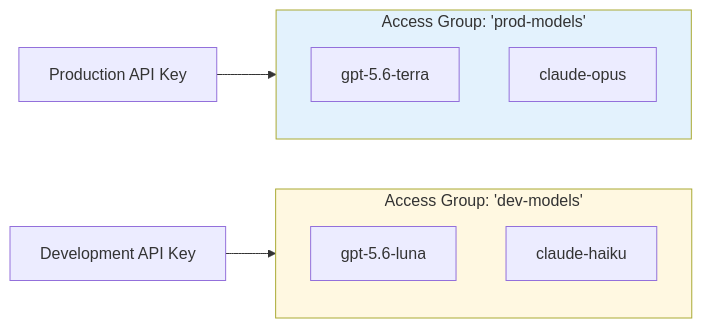
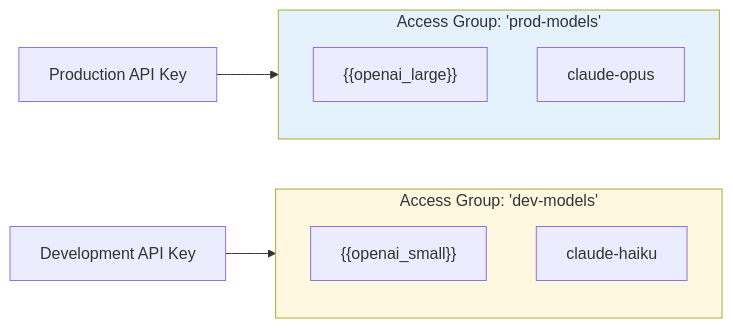
Before and after one commit to BerriAI/litellm-docs: the diagram in docs/proxy/model_access_groups.md, drawn with Mermaid. The commit also changed other lines of this file and 423 other files, not shown here.

````diff
--- a/docs/proxy/model_access_groups.md
+++ b/docs/proxy/model_access_groups.md
@@ -19,18 +19,18 @@
 ```mermaid
 graph LR
     subgraph AG1["Access Group: 'prod-models'"]
-        M1["gpt-5.6-terra"]
+        M1["{{openai_large}}"]
         M2["claude-opus"]
     end
     
     subgraph AG2["Access Group: 'dev-models'"]
-        M3["gpt-5.6-luna"]
+        M3["{{openai_small}}"]
         M4["claude-haiku"]
     end
     
     K1["Production API Key"] --> AG1
     K2["Development API Key"] --> AG2
     
     style AG1 fill:#e3f2fd
     style AG2 fill:#fff8e1
 ```
````
